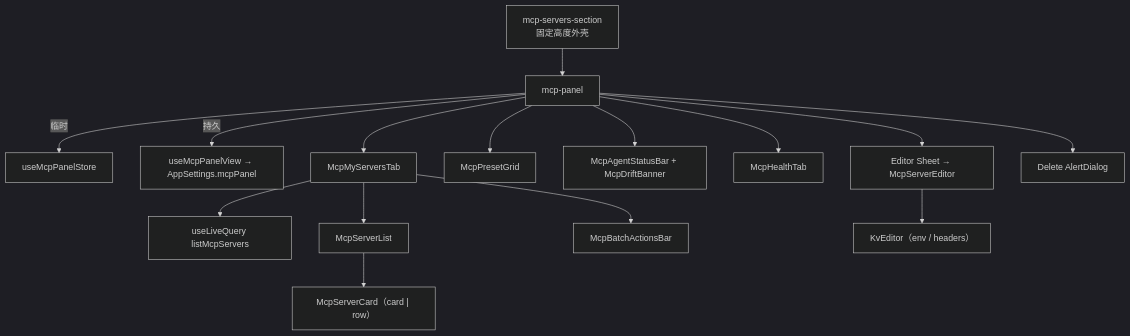
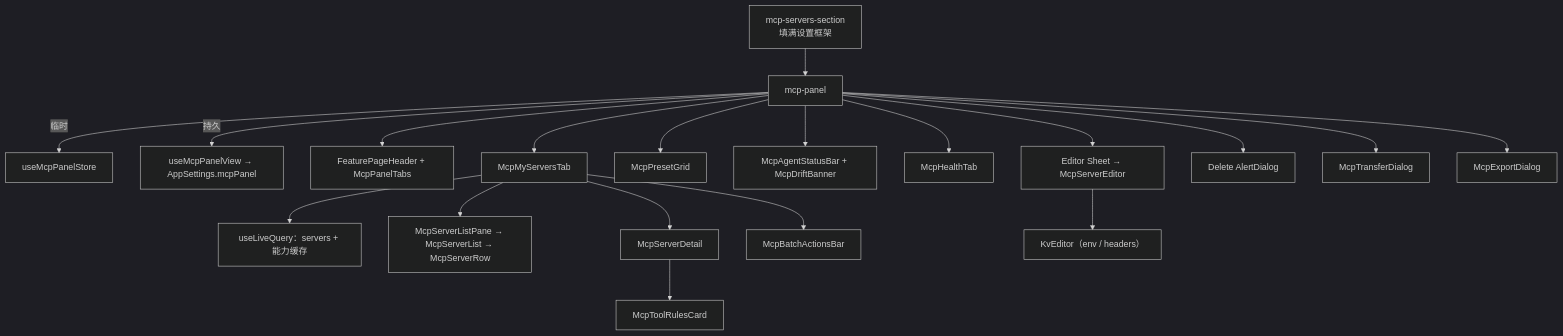
One commit to MaxQian888/cognia-next changed the second of 2 diagrams in docs/content/docs/zh/subsystems/mcp/settings-panel.mdx. Above: the diagram before and after it, drawn with Mermaid (dark theme). The commit also changed other lines of this file and 13 other files, not shown here.

````diff
--- a/docs/content/docs/zh/subsystems/mcp/settings-panel.mdx
+++ b/docs/content/docs/zh/subsystems/mcp/settings-panel.mdx
@@ -117,17 +231,21 @@
 ```mermaid
 graph TD
-  Section["mcp-servers-section<br/>固定高度外壳"] --> Panel["mcp-panel"]
+  Section["mcp-servers-section<br/>填满设置框架"] --> Panel["mcp-panel"]
   Panel -->|临时| PS["useMcpPanelStore"]
   Panel -->|持久| VS["useMcpPanelView → AppSettings.mcpPanel"]
+  Panel --> Header["FeaturePageHeader + McpPanelTabs"]
   Panel --> T1["McpMyServersTab"]
   Panel --> T2["McpPresetGrid"]
   Panel --> T3["McpAgentStatusBar + McpDriftBanner"]
   Panel --> T4["McpHealthTab"]
   Panel --> EH["Editor Sheet → McpServerEditor"]
   Panel --> DH["Delete AlertDialog"]
-  T1 --> LQ["useLiveQuery listMcpServers"]
-  T1 --> List["McpServerList"]
+  Panel --> TD["McpTransferDialog"]
+  Panel --> XD["McpExportDialog"]
+  T1 --> LQ["useLiveQuery：servers + 能力缓存"]
+  T1 --> Pane["McpServerListPane → McpServerList → McpServerRow"]
+  T1 --> Detail["McpServerDetail"]
   T1 --> Bar["McpBatchActionsBar"]
-  List --> Card["McpServerCard（card | row）"]
-  EH --> Editor2["KvEditor（env / headers）"]
+  Detail --> TR["McpToolRulesCard"]
+  EH --> Kv["KvEditor（env / headers）"]
 ```
````
